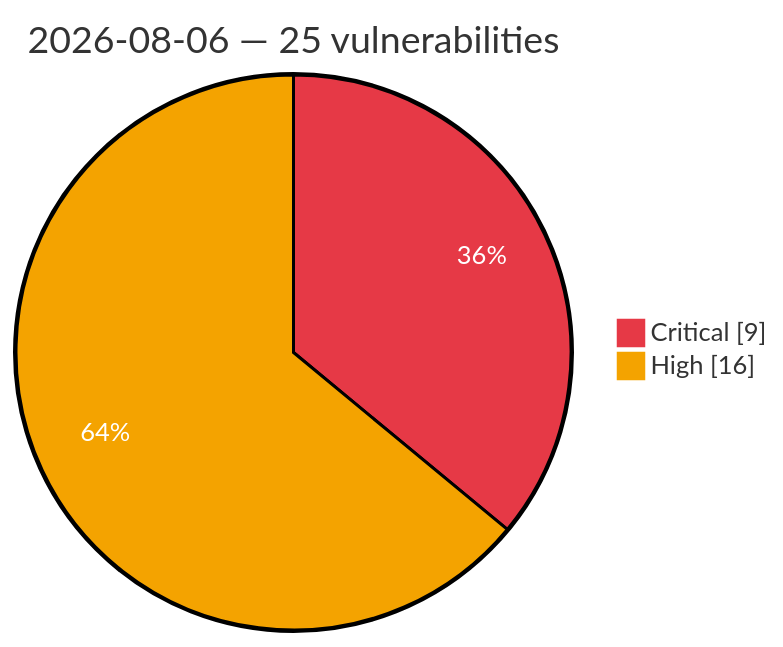
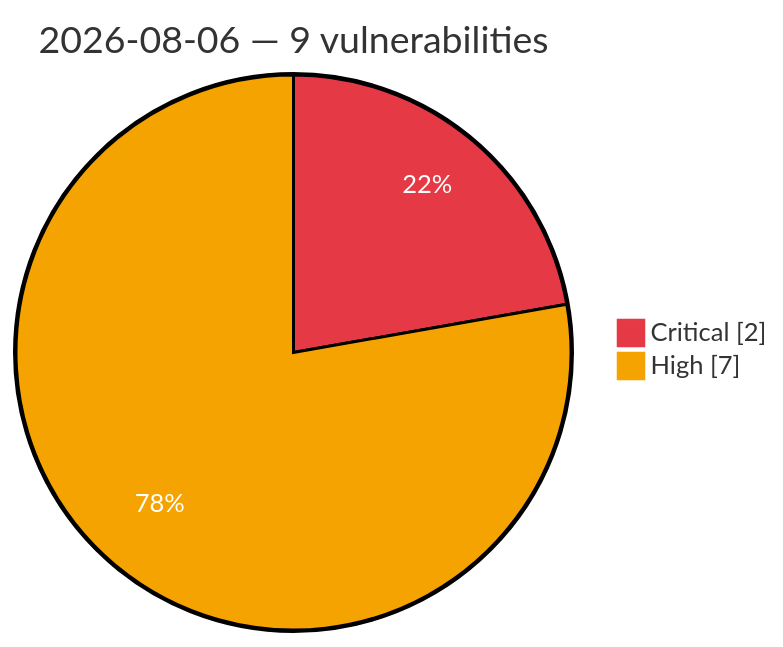
One commit to GhostX0X/vuln-tracker changed the diagram in vulnerabilities/2026-08-06.md. Above: the diagram before and after it, drawn with Mermaid. The commit also changed other lines of this file and 2 other files, not shown here.

Commit message:
Auto update: critical/high vulns (2026-08-07 03:38 UTC)

````diff
--- a/vulnerabilities/2026-08-06.md
+++ b/vulnerabilities/2026-08-06.md
@@ -3,7 +3,7 @@
 ```mermaid
 %%{init: {'theme':'base', 'themeVariables': {'pie1':'#e63946', 'pie2':'#f4a300', 'pieOpacity':'1', 'pieOuterStrokeWidth':'2px', 'pieSectionTextColor':'#ffffff'}}}%%
 pie showData
-    title 2026-08-06 — 25 vulnerabilities
-    "Critical" : 9
-    "High" : 16
+    title 2026-08-06 — 9 vulnerabilities
+    "Critical" : 2
+    "High" : 7
 ```
````
